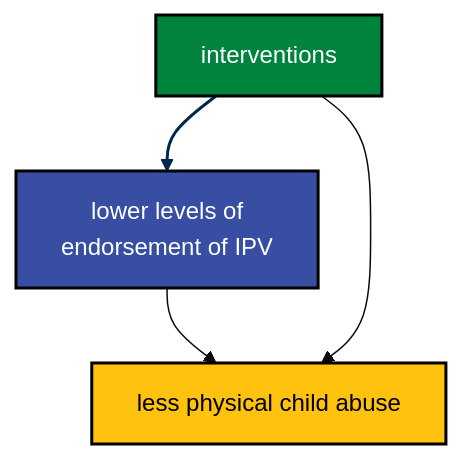
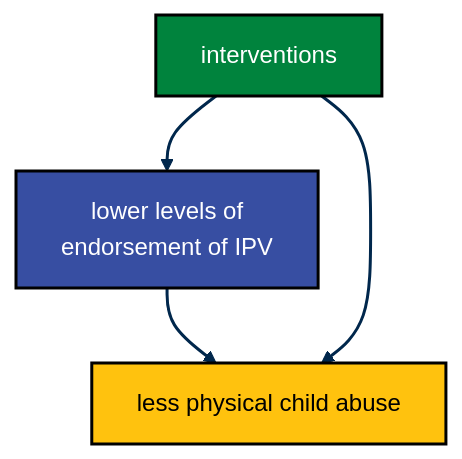
Before and after one commit to agrogan1/closeread: the third of 4 diagrams in spillover-of-violence/spillover-of-violence.qmd, drawn with Mermaid (base theme). The commit also changed other lines of this file and 1 other file, not shown here.

Commit message:
fixing linkStyles (due to mermaid update?); emoji arrows; back to orthographic globe

````diff
--- a/spillover-of-violence/spillover-of-violence.qmd
+++ b/spillover-of-violence/spillover-of-violence.qmd
@@ -272,23 +276,23 @@
 ```{mermaid}
 flowchart TB
   %% Nodes %%
   classDef yellow fill:#FFC20E,stroke:#000000,stroke-width:2px,color:#000000;
   
   classDef blue fill:#374EA2,stroke:#000000,stroke-width:2px,color:#FFFFFF;
   
   classDef green fill:#00833D,stroke:#000000,stroke-width:2px,color:#FFFFFF;
   
   classDef orange fill:#D86018,stroke:#000000,stroke-width:2px,color:#FFFFFF;
   
   classDef red fill:#9A3324,stroke:#000000,stroke-width:2px,color:#FFFFFF;
 
   interventions:::green --> IPV[lower levels of <br>endorsement of IPV]:::blue
   
   IPV --> pabuse[less physical child abuse]:::yellow
   
   interventions --> pabuse
   
   %% Links %%
-  linkStyle 0 stroke:#00274C,stroke-width:2px,color:red;
+  linkStyle 0,1,2 stroke:#00274C,stroke-width:2px,color:red;
 
 ```
````
